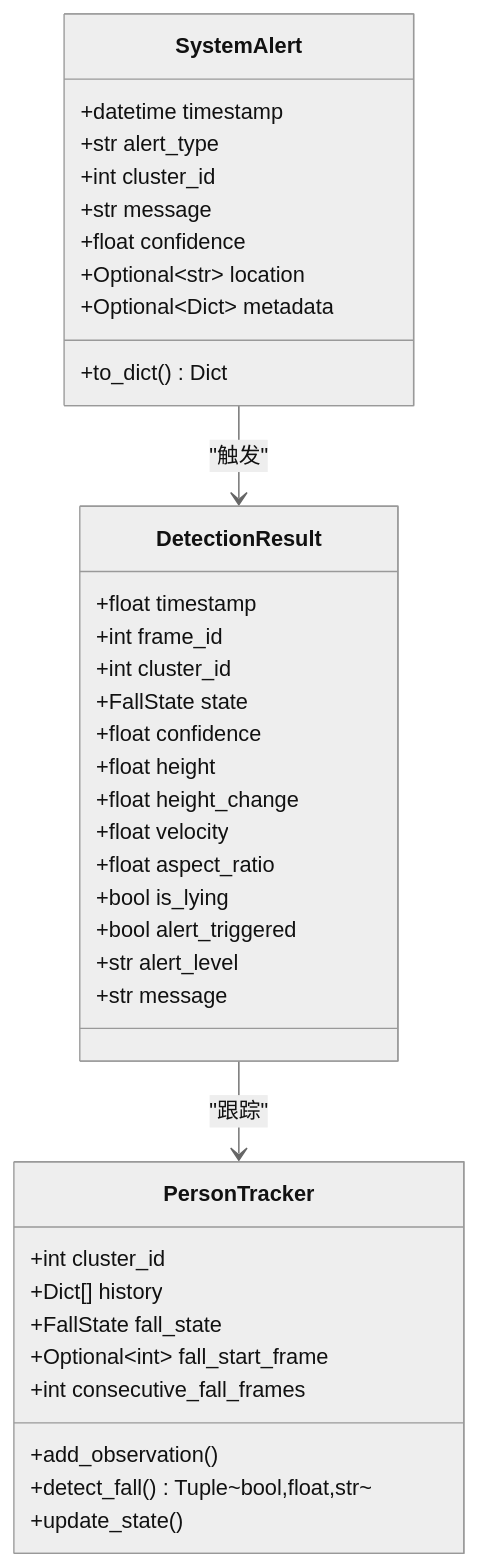
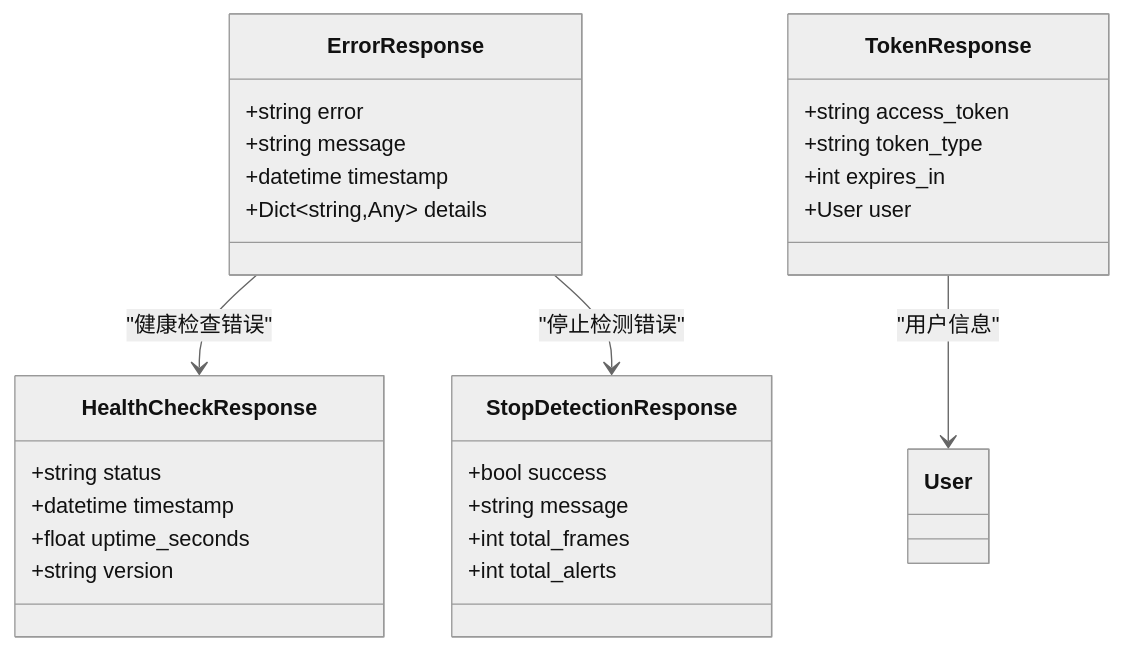
The sixth of 6 diagrams in .qoder/repowiki/zh/content/API参考文档/API参考文档.md (nanfeng2021/fall-detection-system), drawn with Mermaid (neutral theme) before and after one commit. The commit also changed other lines of this file and 16 other files, not shown here.

````diff
--- a/.qoder/repowiki/zh/content/API参考文档/API参考文档.md
+++ b/.qoder/repowiki/zh/content/API参考文档/API参考文档.md
@@ -490,40 +920,30 @@
 ```mermaid
 classDiagram
-class SystemAlert {
+class ErrorResponse {
++string error
++string message
 +datetime timestamp
-+str alert_type
-+int cluster_id
-+str message
-+float confidence
-+Optional~str~ location
-+Optional~Dict~ metadata
-+to_dict() Dict
++Dict~string,Any~ details
 }
-class DetectionResult {
-+float timestamp
-+int frame_id
-+int cluster_id
-+FallState state
-+float confidence
-+float height
-+float height_change
-+float velocity
-+float aspect_ratio
-+bool is_lying
-+bool alert_triggered
-+str alert_level
-+str message
+class HealthCheckResponse {
++string status
++datetime timestamp
++float uptime_seconds
++string version
 }
-class PersonTracker {
-+int cluster_id
-+Dict[] history
-+FallState fall_state
-+Optional~int~ fall_start_frame
-+int consecutive_fall_frames
-+add_observation()
-+detect_fall() Tuple~bool,float,str~
-+update_state()
+class StopDetectionResponse {
++bool success
++string message
++int total_frames
++int total_alerts
 }
-SystemAlert --> DetectionResult : "触发"
-DetectionResult --> PersonTracker : "跟踪"
+class TokenResponse {
++string access_token
++string token_type
++int expires_in
++User user
+}
+ErrorResponse --> HealthCheckResponse : "健康检查错误"
+ErrorResponse --> StopDetectionResponse : "停止检测错误"
+TokenResponse --> User : "用户信息"
 ```
````
